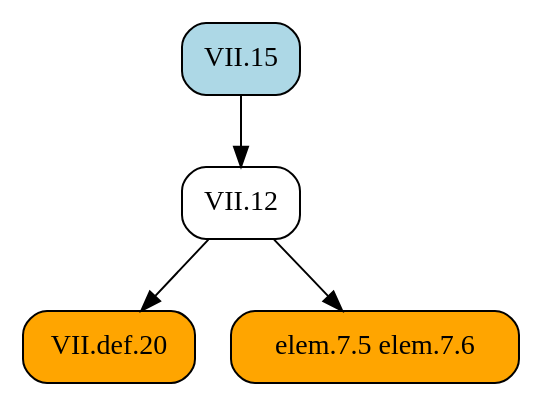
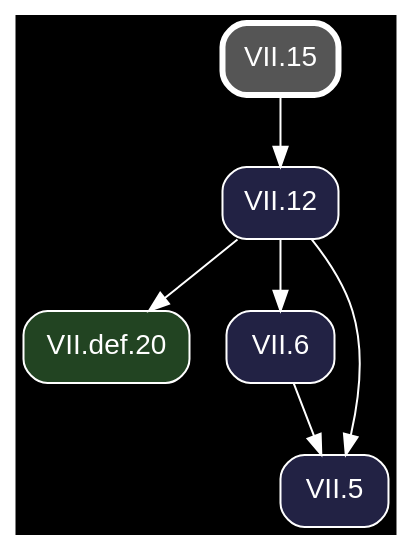
Before and after one commit to geometor/elements: the diagram in docsrc/heath/VII/15/index.rst, drawn with Graphviz. The commit also changed other lines of this file and 1200 other files, not shown here.

Commit message:
update dependency graphs

```diff
--- a/docsrc/heath/VII/15/index.rst
+++ b/docsrc/heath/VII/15/index.rst
@@ -40,13 +40,18 @@
 .. graphviz::
 
    digraph {
+     bgcolor="black";
+     node [shape=box, style="rounded,filled", fontname="Helvetica", color="white", fontcolor="white"];
+     edge [color="white", fontcolor="white"];
      rankdir="TB";
-     node [shape=box, style=rounded];
-     "VII.12" [URL="/heath/VII/12/", target="_top"];
-     "VII.def.20" [style="rounded,filled", fillcolor=orange, URL="/heath/VII/def.20/", target="_top"];
-     "elem.7.5 elem.7.6" [style="rounded,filled", fillcolor=orange];
-     "VII.15" [style="rounded,filled", fillcolor=lightblue, URL="/heath/VII/15/", target="_top"];
+     "VII.def.20" [fillcolor="#224422", URL="/heath/VII/def.20/", target="_top"];
+     "VII.12" [fillcolor="#222244", URL="/heath/VII/12/", target="_top"];
+     "VII.6" [fillcolor="#222244", URL="/heath/VII/6/", target="_top"];
+     "VII.15" [penwidth=3, color="white", fillcolor="#555555", URL="/heath/VII/15/", target="_top"];
+     "VII.5" [fillcolor="#222244", URL="/heath/VII/5/", target="_top"];
+     "VII.12" -> "VII.def.20";
      "VII.15" -> "VII.12";
-     "VII.12" -> "VII.def.20";
-     "VII.12" -> "elem.7.5 elem.7.6";
+     "VII.12" -> "VII.6";
+     "VII.6" -> "VII.5";
+     "VII.12" -> "VII.5";
    }
```
